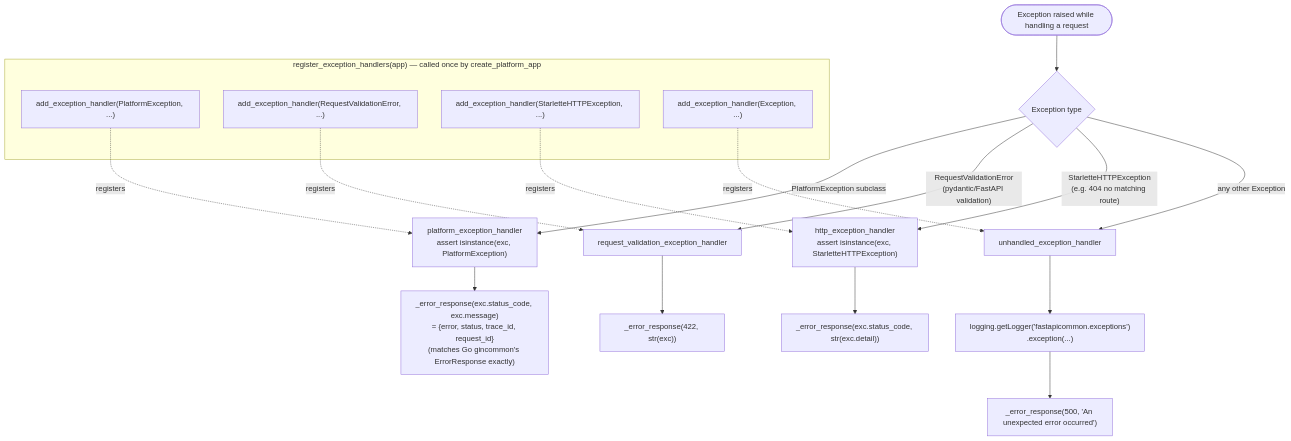
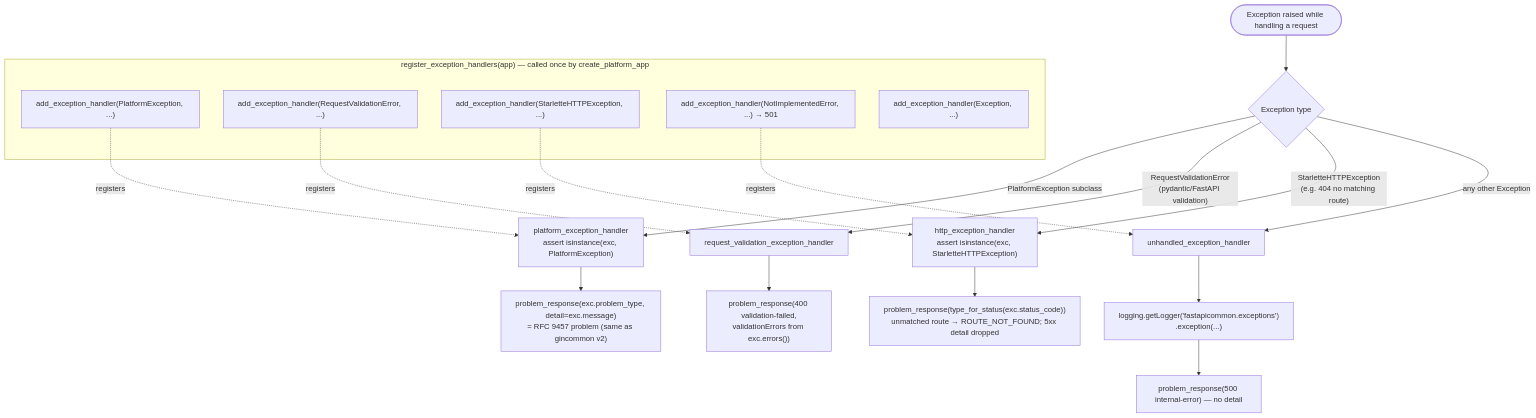
Before and after one commit to BCBP-SOLUTIONS-FZC-LLC/platform-fastapicommon: the diagram in docs/architecture/mermaid/exception-handling-flow.mmd, drawn with Mermaid. The commit also changed 42 other files, not shown here.

First line of the commit message:
feat!: Enterprise Platform Observability Standard + RFC 9457 Problem Details (parity with platform-gincommon v2) (#20)

```diff
--- a/docs/architecture/mermaid/exception-handling-flow.mmd
+++ b/docs/architecture/mermaid/exception-handling-flow.mmd
@@ -1,27 +1,28 @@
 flowchart TD
     A(["Exception raised while handling a request"]) --> B{"Exception type"}
 
     B -->|"PlatformException subclass"| C["platform_exception_handler\nassert isinstance(exc, PlatformException)"]
-    C --> D["_error_response(exc.status_code, exc.message)\n= {error, status, trace_id, request_id}\n(matches Go gincommon's ErrorResponse exactly)"]
+    C --> D["problem_response(exc.problem_type, detail=exc.message)\n= RFC 9457 problem (same as gincommon v2)"]
 
     B -->|"RequestValidationError\n(pydantic/FastAPI validation)"| E["request_validation_exception_handler"]
-    E --> F["_error_response(422, str(exc))"]
+    E --> F["problem_response(400 validation-failed,\nvalidationErrors from exc.errors())"]
 
     B -->|"StarletteHTTPException\n(e.g. 404 no matching route)"| G["http_exception_handler\nassert isinstance(exc, StarletteHTTPException)"]
-    G --> H["_error_response(exc.status_code, str(exc.detail))"]
+    G --> H["problem_response(type_for_status(exc.status_code))\nunmatched route → ROUTE_NOT_FOUND; 5xx detail dropped"]
 
     B -->|"any other Exception"| I["unhandled_exception_handler"]
     I --> J["logging.getLogger('fastapicommon.exceptions')\n.exception(...)"]
-    J --> K["_error_response(500, 'An unexpected error occurred')"]
+    J --> K["problem_response(500 internal-error) — no detail"]
 
     subgraph reg["register_exception_handlers(app) — called once by create_platform_app"]
         R1["add_exception_handler(PlatformException, ...)"]
         R2["add_exception_handler(RequestValidationError, ...)"]
         R3["add_exception_handler(StarletteHTTPException, ...)"]
-        R4["add_exception_handler(Exception, ...)"]
+        R4["add_exception_handler(NotImplementedError, ...) → 501"]
+        R5["add_exception_handler(Exception, ...)"]
     end
 
     R1 -.->|"registers"| C
     R2 -.->|"registers"| E
     R3 -.->|"registers"| G
     R4 -.->|"registers"| I
```
